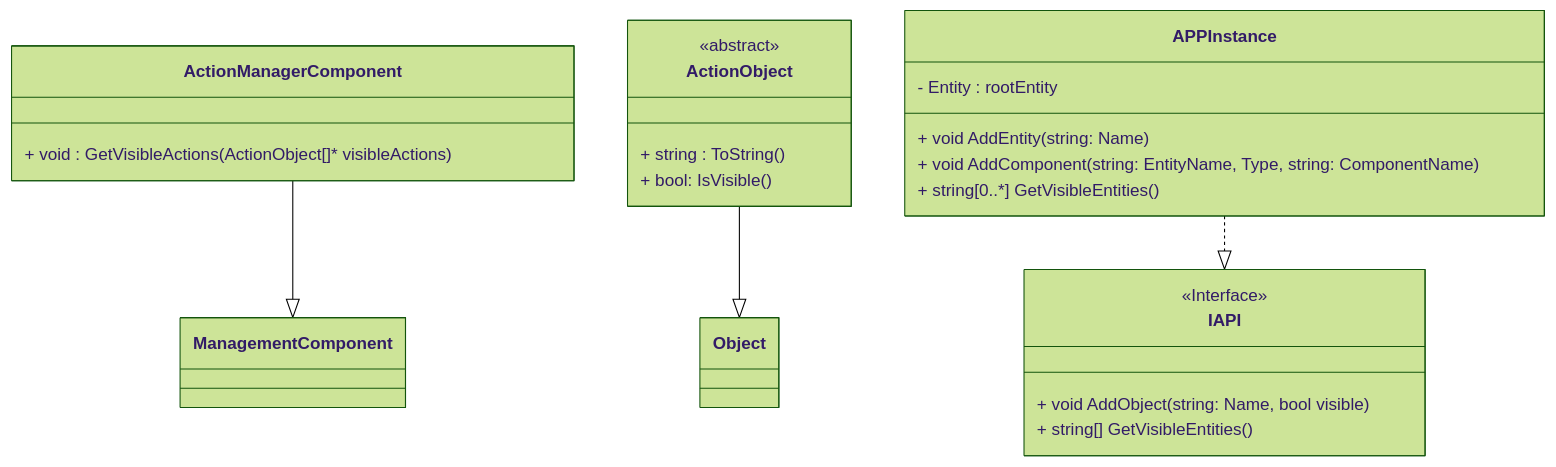
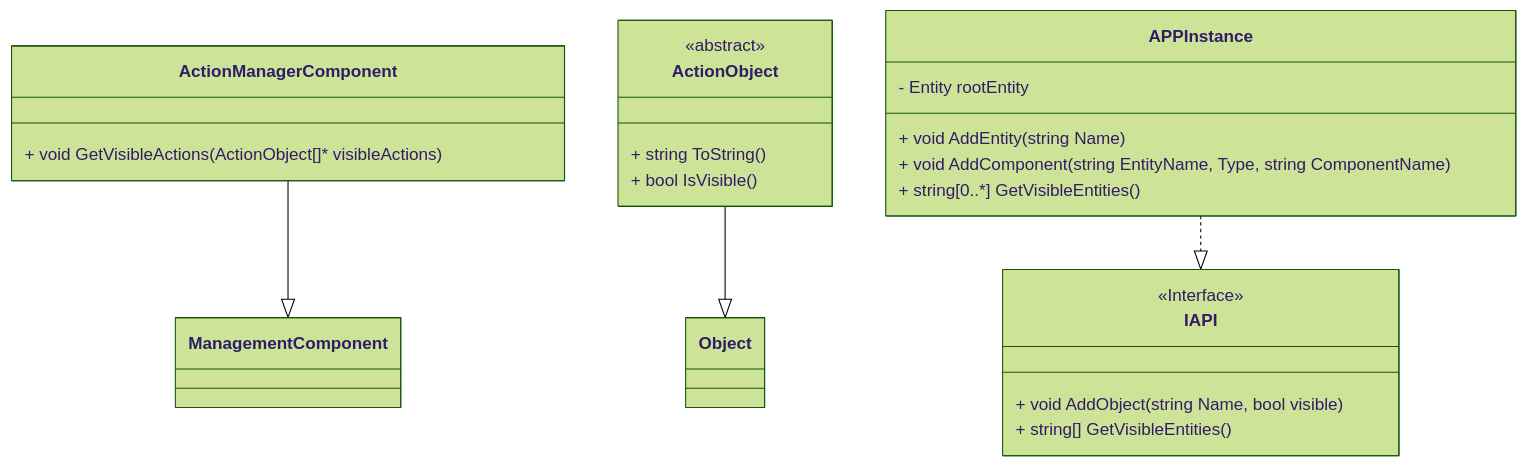
Before and after one commit to FoxLightning/btest: the third of 3 diagrams in Documentation/Architecture.md, drawn with Mermaid (forest theme). The commit also changed other lines of this file and 1 other file, not shown here.

````diff
--- a/Documentation/Architecture.md
+++ b/Documentation/Architecture.md
@@ -96,31 +90,31 @@
 ```mermaid
 classDiagram
 %% Class definitions
     class ActionManagerComponent {
-        + void : GetVisibleActions(ActionObject[]* visibleActions)
+        + void GetVisibleActions(ActionObject[]* visibleActions)
     }
 
     class ActionObject {
         <<abstract>>
-        + string : ToString()
-        + bool: IsVisible()
+        + string ToString()
+        + bool IsVisible()
     }
 
     class IAPI {
         <<Interface>>
-        + void AddObject(string: Name, bool visible)
+        + void AddObject(string Name, bool visible)
         + string[] GetVisibleEntities()
     }
 
     class APPInstance {
-        - Entity : rootEntity
-        + void AddEntity(string: Name)
-        + void AddComponent(string: EntityName, Type, string: ComponentName)
+        - Entity rootEntity
+        + void AddEntity(string Name)
+        + void AddComponent(string EntityName, Type, string ComponentName)
         + string[0..*] GetVisibleEntities()
     }
 
 %% relationships
     ActionManagerComponent --|> ManagementComponent
     ActionObject --|> Object
     APPInstance ..|> IAPI
 ```
````
